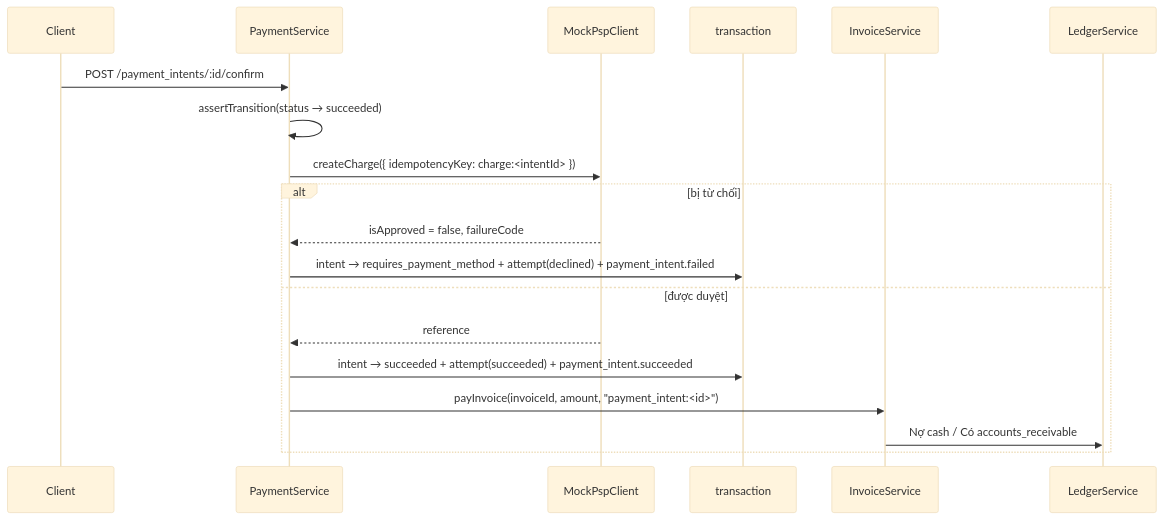
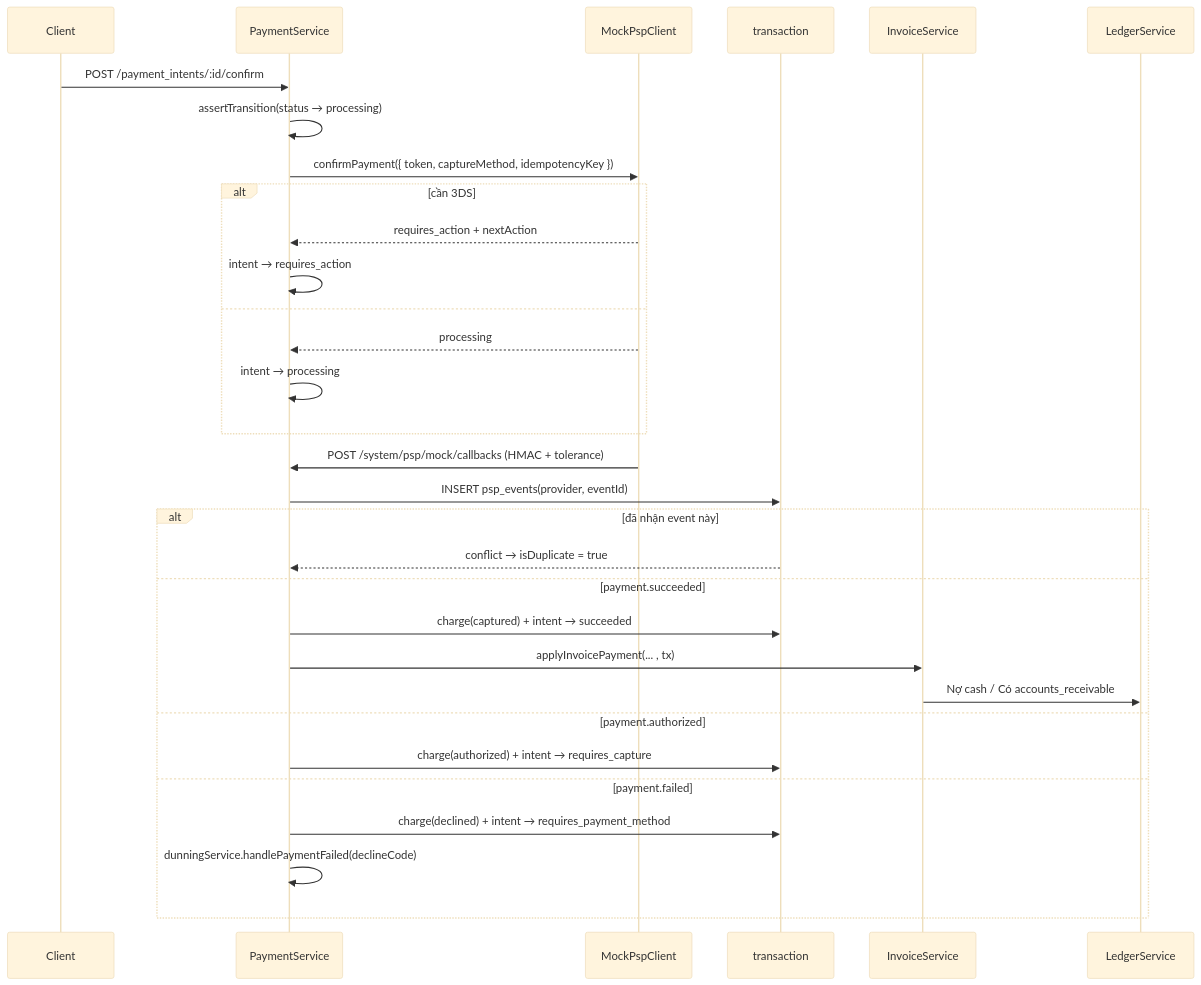
One commit to anhquang296/pinstripe changed the first of 2 diagrams in docs/flows/07-payments-and-refunds.md. Above: the diagram before and after it, drawn with Mermaid (base theme). The commit also changed other lines of this file and 2 other files, not shown here.

First line of the commit message:
docs(payments): ADR 0019 cho mô hình payment, viết lại flow 07

````diff
--- a/docs/flows/07-payments-and-refunds.md
+++ b/docs/flows/07-payments-and-refunds.md
@@ -18,22 +27,35 @@
 ```mermaid
 sequenceDiagram
     participant C as Client
     participant P as PaymentService
     participant PSP as MockPspClient
     participant TX as transaction
     participant I as InvoiceService
     participant L as LedgerService
 
     C->>P: POST /payment_intents/:id/confirm
-    P->>P: assertTransition(status → succeeded)
-    P->>PSP: createCharge({ idempotencyKey: charge:<intentId> })
-    alt bị từ chối
-        PSP-->>P: isApproved = false, failureCode
-        P->>TX: intent → requires_payment_method + attempt(declined) + payment_intent.failed
-    else được duyệt
-        PSP-->>P: reference
-        P->>TX: intent → succeeded + attempt(succeeded) + payment_intent.succeeded
-        P->>I: payInvoice(invoiceId, amount, "payment_intent:<id>")
+    P->>P: assertTransition(status → processing)
+    P->>PSP: confirmPayment({ token, captureMethod, idempotencyKey })
+    alt cần 3DS
+        PSP-->>P: requires_action + nextAction
+        P->>P: intent → requires_action
+    else
+        PSP-->>P: processing
+        P->>P: intent → processing
+    end
+
+    PSP->>P: POST /system/psp/mock/callbacks (HMAC + tolerance)
+    P->>TX: INSERT psp_events(provider, eventId)
+    alt đã nhận event này
+        TX-->>P: conflict → isDuplicate = true
+    else payment.succeeded
+        P->>TX: charge(captured) + intent → succeeded
+        P->>I: applyInvoicePayment(... , tx)
         I->>L: Nợ cash / Có accounts_receivable
+    else payment.authorized
+        P->>TX: charge(authorized) + intent → requires_capture
+    else payment.failed
+        P->>TX: charge(declined) + intent → requires_payment_method
+        P->>P: dunningService.handlePaymentFailed(declineCode)
     end
 ```
````
